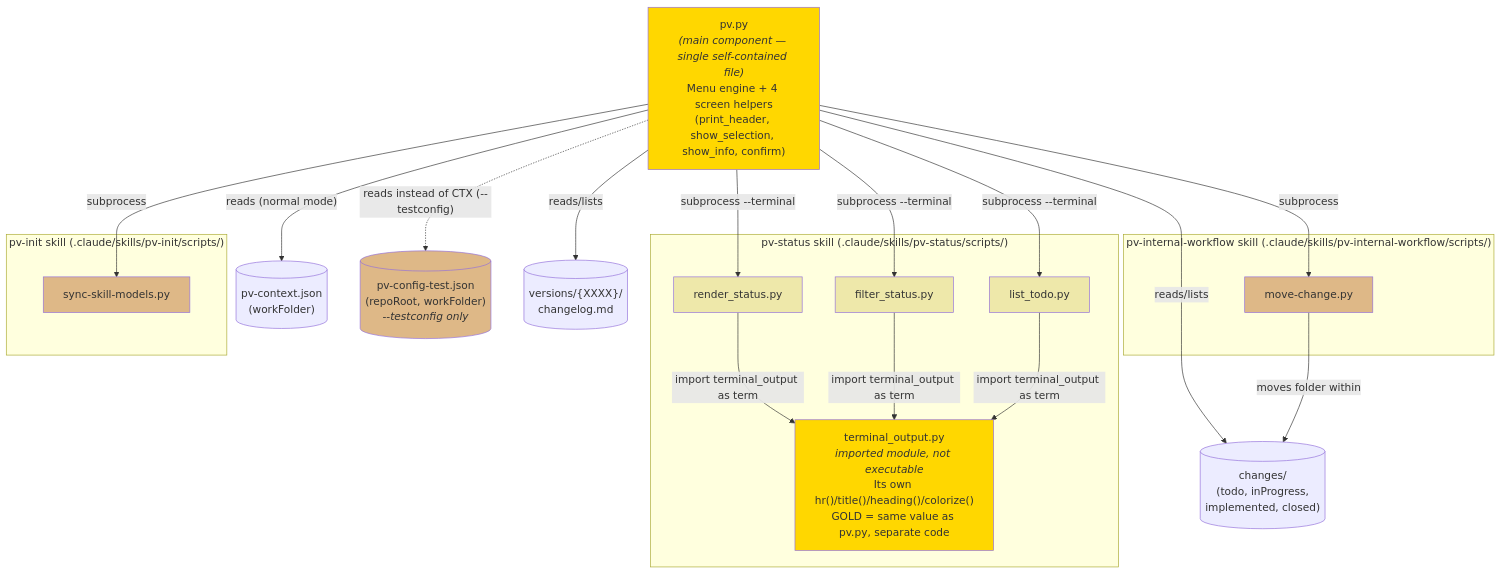
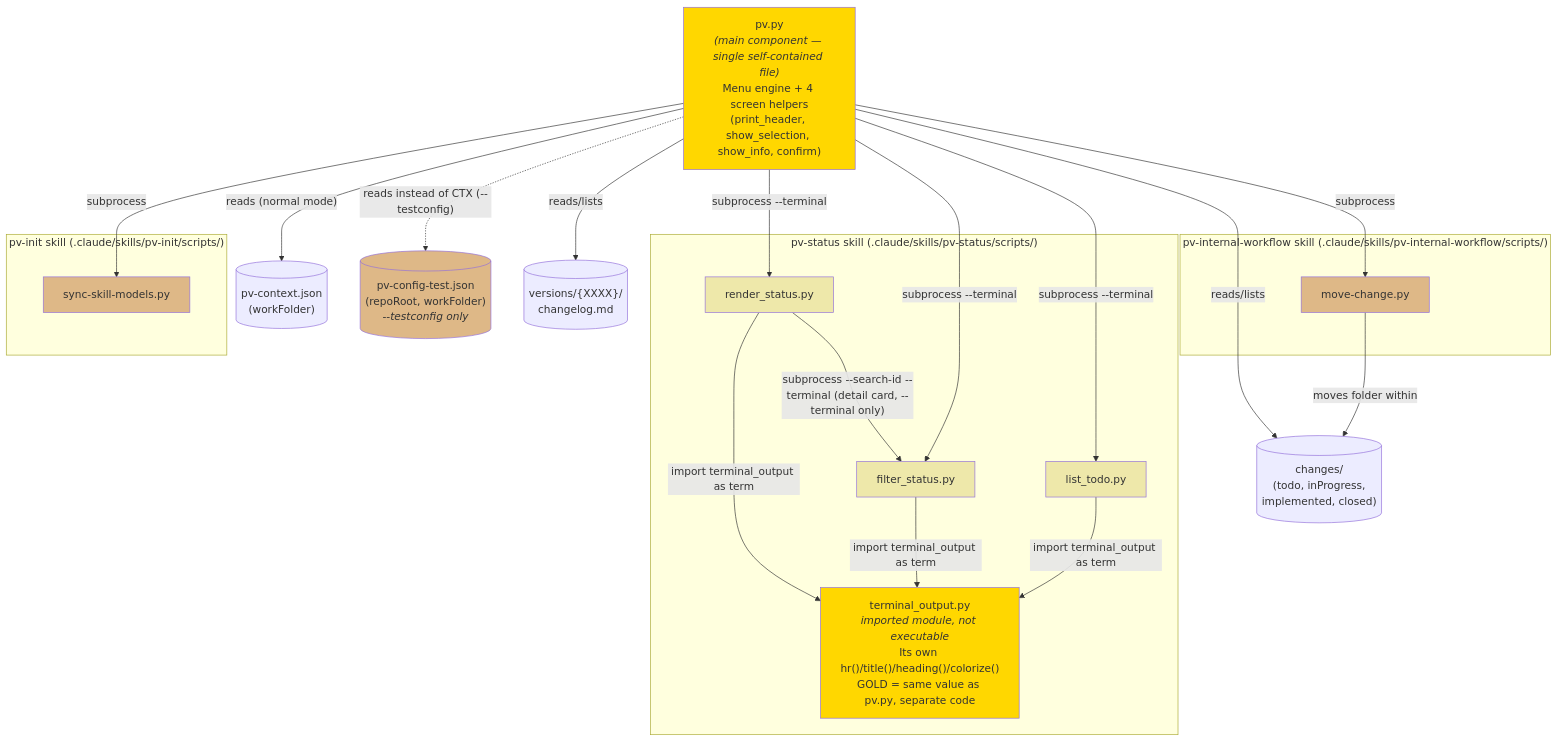
One commit to yeyopepe/previo changed the second of 2 diagrams in .claude/pv-doc/pv-design-onescript/pv-design-onescript.en.md. Above: the diagram before and after it, drawn with Mermaid. The commit also changed other lines of this file and 72 other files, not shown here.

````diff
--- a/.claude/pv-doc/pv-design-onescript/pv-design-onescript.en.md
+++ b/.claude/pv-doc/pv-design-onescript/pv-design-onescript.en.md
@@ -149,49 +150,50 @@
 ```mermaid
 graph TD
     PV["pv.py<br/><i>(main component — single self-contained file)</i><br/>Menu engine + 4 screen helpers<br/>(print_header, show_selection, show_info, confirm)"]
 
     subgraph SKILL_STATUS ["pv-status skill (.claude/skills/pv-status/scripts/)"]
         TO["terminal_output.py<br/><i>imported module, not executable</i><br/>Its own hr()/title()/heading()/colorize()<br/>GOLD = same value as pv.py, separate code"]
         RS["render_status.py"]
         FS["filter_status.py"]
         LT["list_todo.py"]
 
         RS -->|import terminal_output as term| TO
         FS -->|import terminal_output as term| TO
         LT -->|import terminal_output as term| TO
+        RS -->|"subprocess --search-id --terminal (detail card, --terminal only)"| FS
     end
 
     subgraph SKILL_WORKFLOW ["pv-internal-workflow skill (.claude/skills/pv-internal-workflow/scripts/)"]
         MC["move-change.py"]
     end
 
     subgraph SKILL_INIT ["pv-init skill (.claude/skills/pv-init/scripts/)"]
         SSM["sync-skill-models.py"]
     end
 
     CTX[("pv-context.json<br/>(workFolder)")]
     TESTCFG[("pv-config-test.json<br/>(repoRoot, workFolder)<br/><i>--testconfig only</i>")]
     CHANGES[("changes/<br/>(todo, inProgress,<br/>implemented, closed)")]
     VERSIONS[("versions/{XXXX}/<br/>changelog.md")]
 
     PV -->|"subprocess --terminal"| RS
     PV -->|"subprocess --terminal"| FS
     PV -->|"subprocess --terminal"| LT
     PV -->|"subprocess"| MC
     PV -->|"subprocess"| SSM
 
     PV -->|"reads (normal mode)"| CTX
     PV -.->|"reads instead of CTX (--testconfig)"| TESTCFG
     PV -->|reads/lists| CHANGES
     PV -->|reads/lists| VERSIONS
     MC -->|moves folder within| CHANGES
 
     style PV fill:#FFD700
     style TO fill:#FFD700
     style RS fill:#EEE8AA
     style FS fill:#EEE8AA
     style LT fill:#EEE8AA
     style MC fill:#DEB887
     style SSM fill:#DEB887
     style TESTCFG fill:#DEB887
 ```
````
